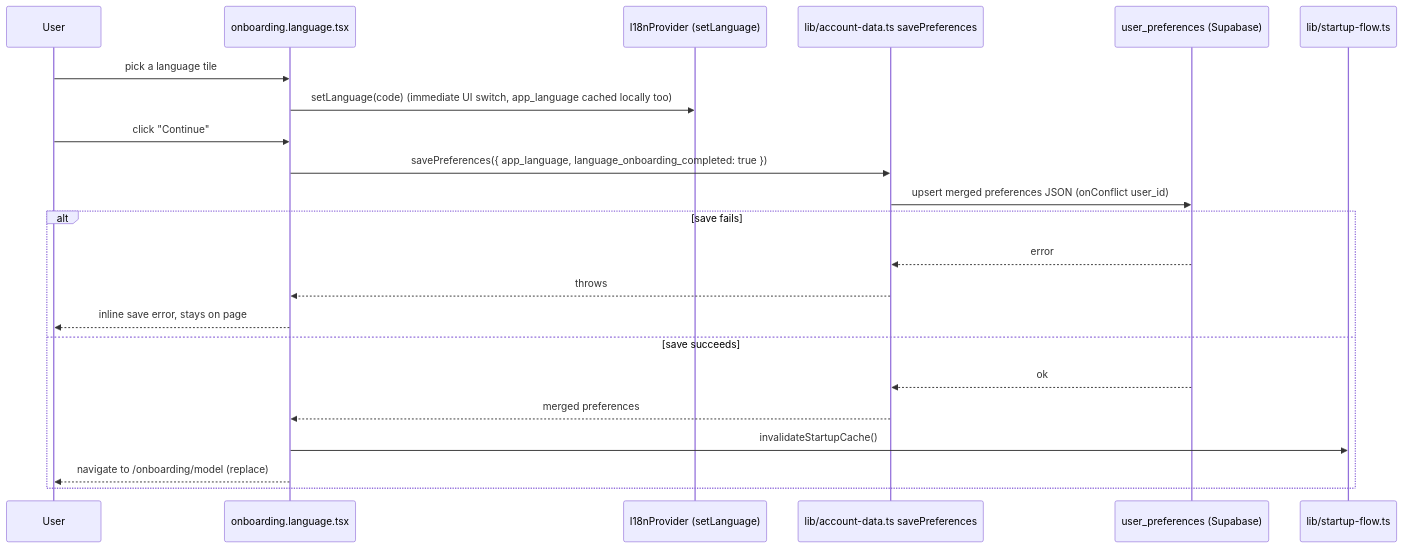
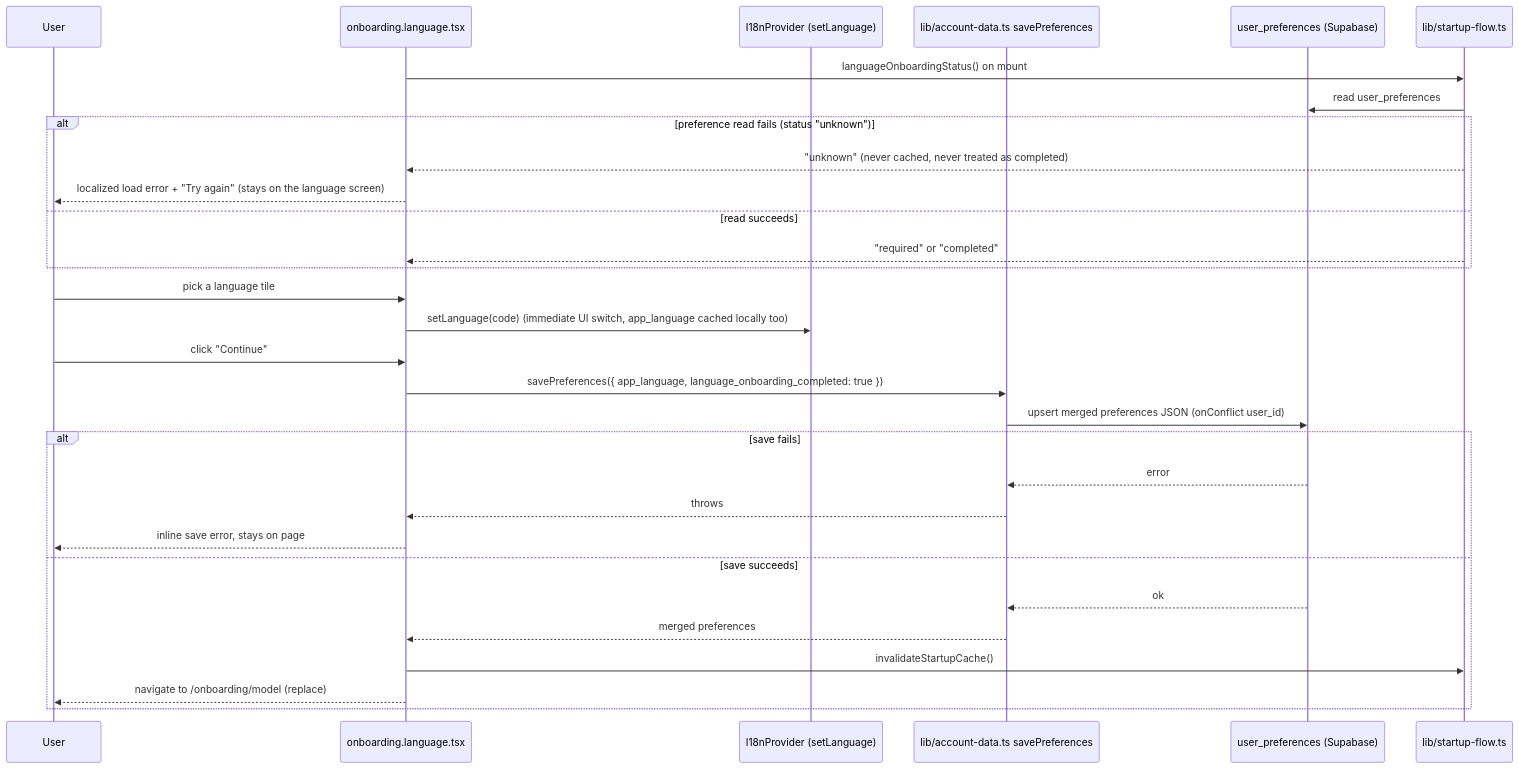
Before and after one commit to keyshavmor/study-swiss-star: the diagram in docs/sequences/LANGUAGE_ONBOARDING.mmd, drawn with Mermaid. The commit also changed 5 other files, not shown here.

```diff
--- a/docs/sequences/LANGUAGE_ONBOARDING.mmd
+++ b/docs/sequences/LANGUAGE_ONBOARDING.mmd
@@ -1,26 +1,35 @@
 %% Status: CURRENT FRONTEND + CURRENT SUPABASE
 %% Source: frontend/src/routes/_authenticated/onboarding.language.tsx,
 %% frontend/src/lib/account-data.ts, frontend/src/lib/startup-flow.ts
 sequenceDiagram
     participant User
     participant Page as onboarding.language.tsx
     participant I18n as I18nProvider (setLanguage)
     participant Save as lib/account-data.ts savePreferences
     participant DB as user_preferences (Supabase)
     participant Flow as lib/startup-flow.ts
+
+    Page->>Flow: languageOnboardingStatus() on mount
+    Flow->>DB: read user_preferences
+    alt preference read fails (status "unknown")
+        Flow-->>Page: "unknown" (never cached, never treated as completed)
+        Page-->>User: localized load error + "Try again" (stays on the language screen)
+    else read succeeds
+        Flow-->>Page: "required" or "completed"
+    end
 
     User->>Page: pick a language tile
     Page->>I18n: setLanguage(code) (immediate UI switch, app_language cached locally too)
     User->>Page: click "Continue"
     Page->>Save: savePreferences({ app_language, language_onboarding_completed: true })
     Save->>DB: upsert merged preferences JSON (onConflict user_id)
     alt save fails
         DB-->>Save: error
         Save-->>Page: throws
         Page-->>User: inline save error, stays on page
     else save succeeds
         DB-->>Save: ok
         Save-->>Page: merged preferences
         Page->>Flow: invalidateStartupCache()
         Page-->>User: navigate to /onboarding/model (replace)
     end
```
